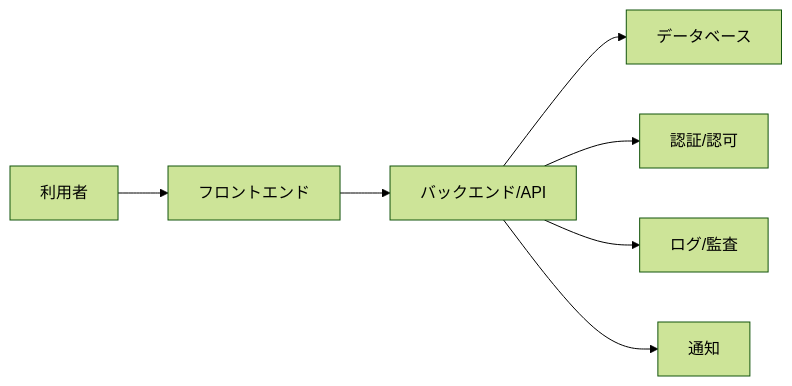
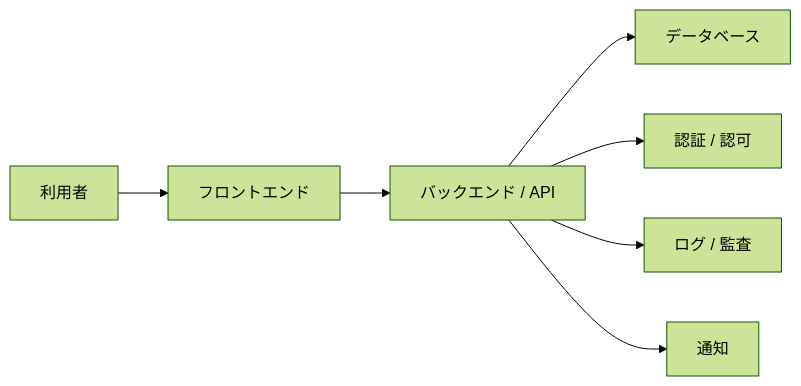
Before and after one commit to n-Sakana/sakana-oss: the second of 8 diagrams in notes/dataverse-learning-resume-2026-05-18.md, drawn with Mermaid (forest theme). The commit also changed other lines of this file, not shown here.

````diff
--- a/notes/dataverse-learning-resume-2026-05-18.md
+++ b/notes/dataverse-learning-resume-2026-05-18.md
@@ -157,9 +150,9 @@
 ```mermaid
 graph LR
     User[利用者] --> UI[フロントエンド]
-    UI --> API[バックエンド/API]
+    UI --> API[バックエンド / API]
     API --> DB[データベース]
-    API --> Auth[認証/認可]
-    API --> Log[ログ/監査]
+    API --> Auth[認証 / 認可]
+    API --> Log[ログ / 監査]
     API --> Notify[通知]
 ```
````
